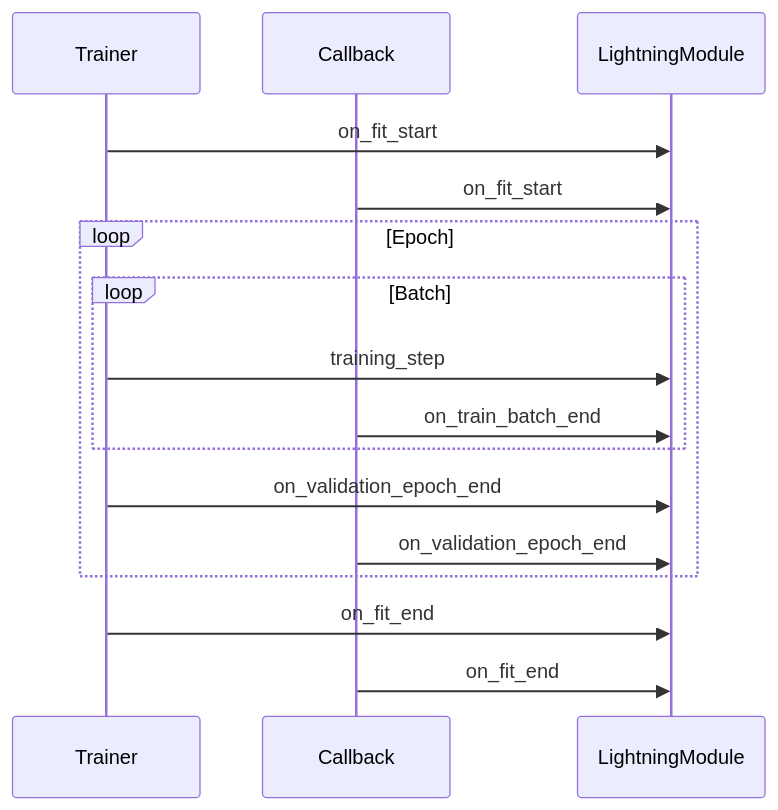
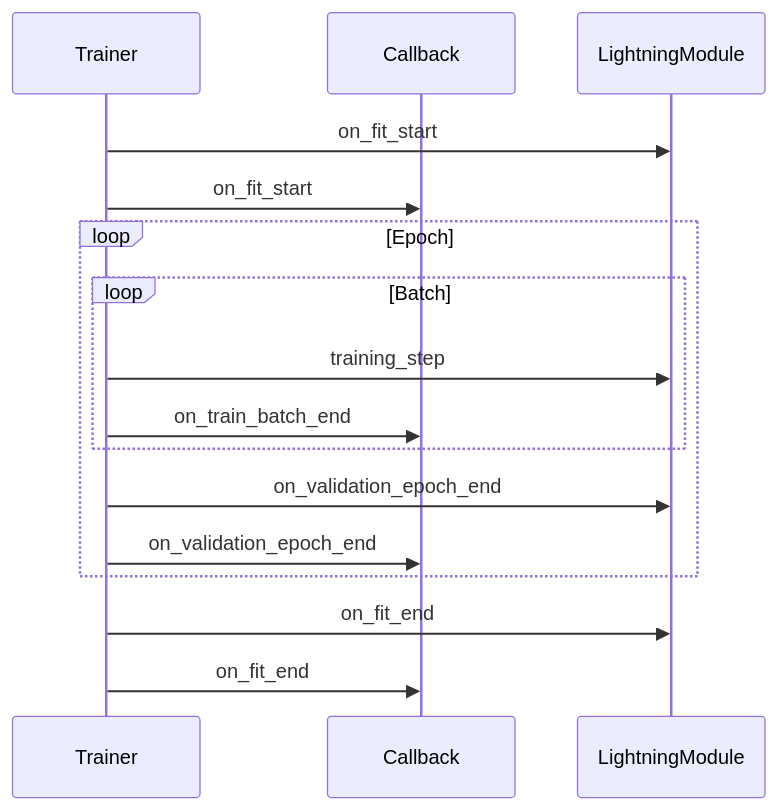
Before and after one commit to SAILTECHTEAM/knowledge-base: the diagram in docs/deep-learning/pytorch-lightning/06-best-practices/01-recommended-patterns.mdx, drawn with Mermaid. The commit also changed 7 other files, not shown here.

````diff
--- a/docs/deep-learning/pytorch-lightning/06-best-practices/01-recommended-patterns.mdx
+++ b/docs/deep-learning/pytorch-lightning/06-best-practices/01-recommended-patterns.mdx
@@ -113,19 +113,19 @@
 ```mermaid
 sequenceDiagram
     participant T as Trainer
     participant C as Callback
     participant M as LightningModule
 
     T->>M: on_fit_start
-    C->>M: on_fit_start
+    T->>C: on_fit_start
     loop Epoch
         loop Batch
             T->>M: training_step
-            C->>M: on_train_batch_end
+            T->>C: on_train_batch_end
         end
         T->>M: on_validation_epoch_end
-        C->>M: on_validation_epoch_end
+        T->>C: on_validation_epoch_end
     end
     T->>M: on_fit_end
-    C->>M: on_fit_end
+    T->>C: on_fit_end
 ```
````
